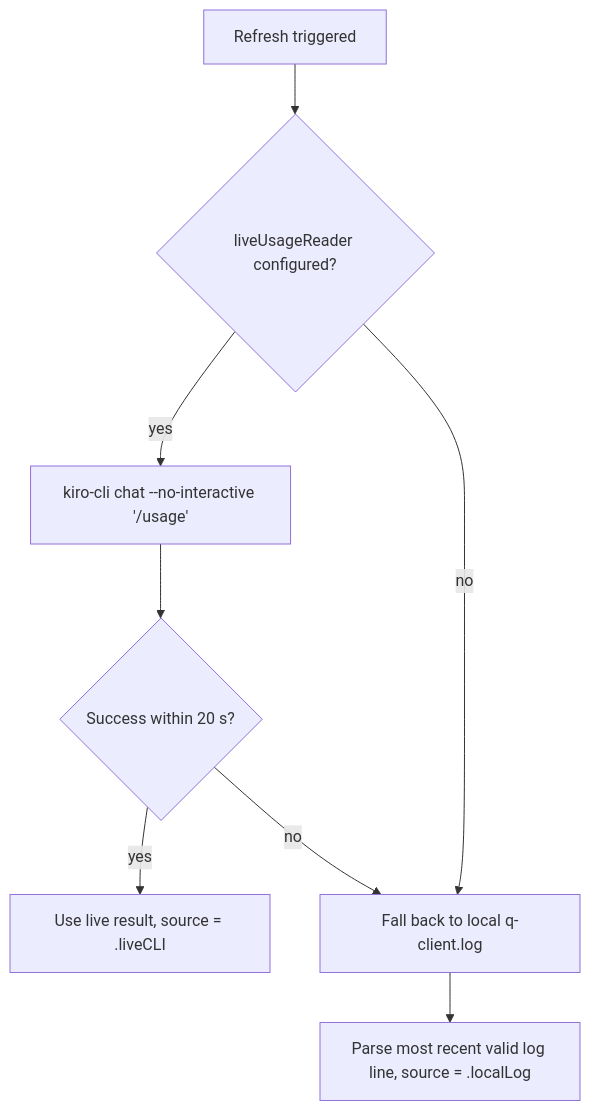
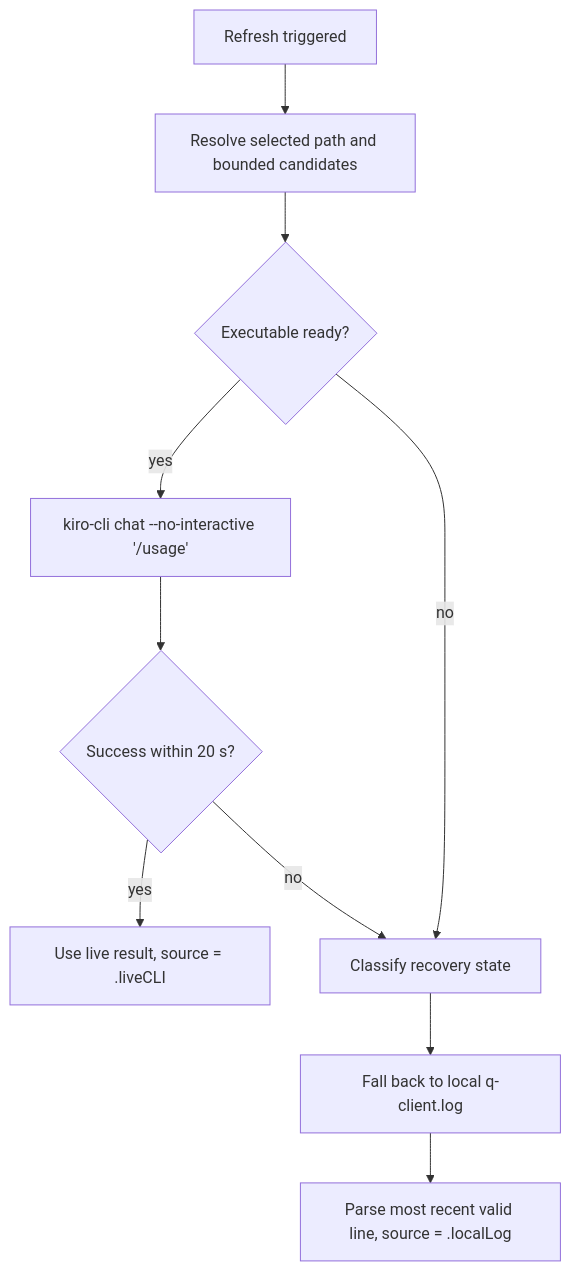
One commit to IDN-Media/acp-control-center changed the diagram in Docs/Architecture.md. Above: the diagram before and after it, drawn with Mermaid. The commit also changed other lines of this file and 14 other files, not shown here.

Commit message:
Add Kiro CLI discovery and recovery

````diff
--- a/Docs/Architecture.md
+++ b/Docs/Architecture.md
@@ -39,10 +39,12 @@
 ```mermaid
 flowchart TD
-    A[Refresh triggered] --> B{liveUsageReader configured?}
-    B -- yes --> C[kiro-cli chat --no-interactive '/usage']
-    C --> D{Success within 20 s?}
-    D -- yes --> E[Use live result, source = .liveCLI]
-    D -- no --> F[Fall back to local q-client.log]
-    B -- no --> F
-    F --> G[Parse most recent valid log line, source = .localLog]
+    A[Refresh triggered] --> B[Resolve selected path and bounded candidates]
+    B --> C{Executable ready?}
+    C -- yes --> D[kiro-cli chat --no-interactive '/usage']
+    D --> E{Success within 20 s?}
+    E -- yes --> F[Use live result, source = .liveCLI]
+    E -- no --> G[Classify recovery state]
+    C -- no --> G
+    G --> H[Fall back to local q-client.log]
+    H --> I[Parse most recent valid line, source = .localLog]
 ```
````
